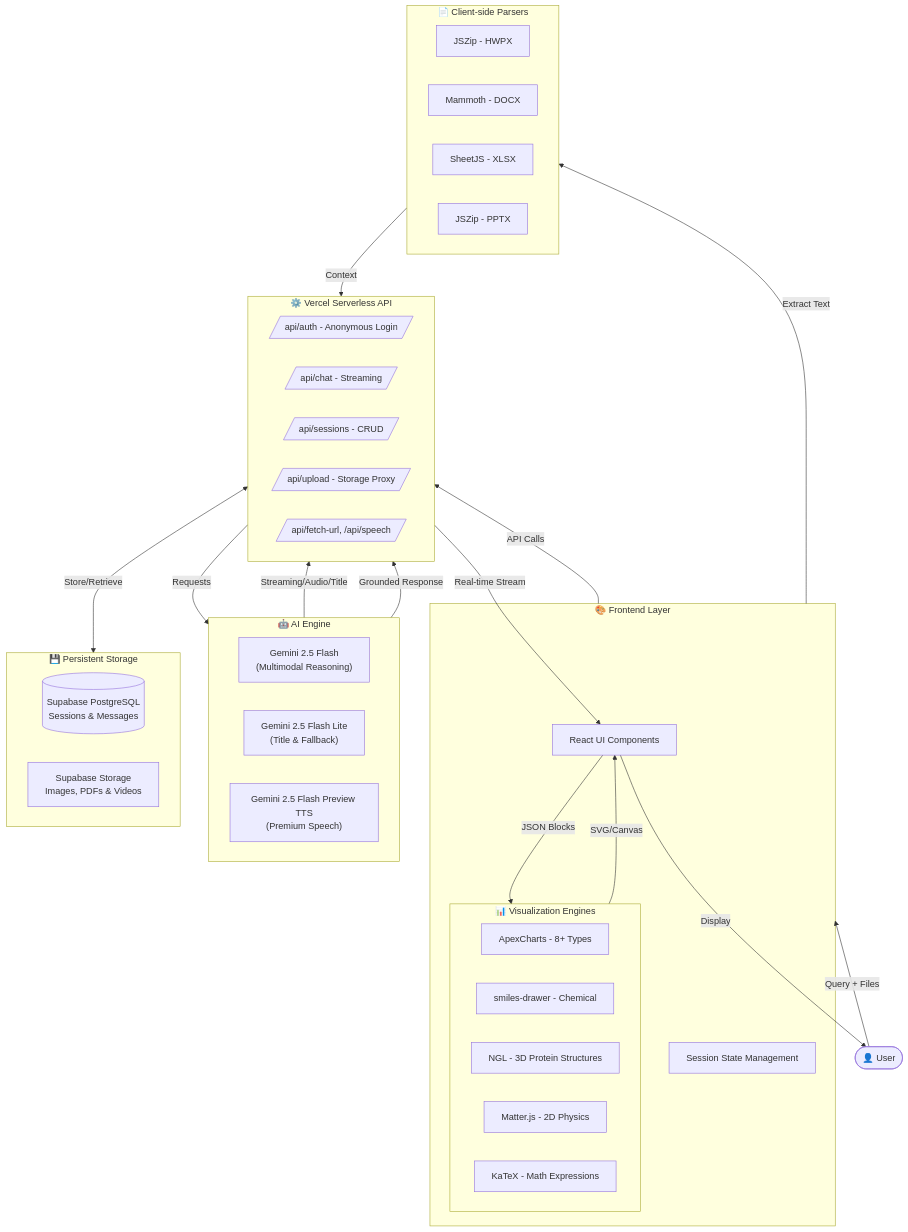
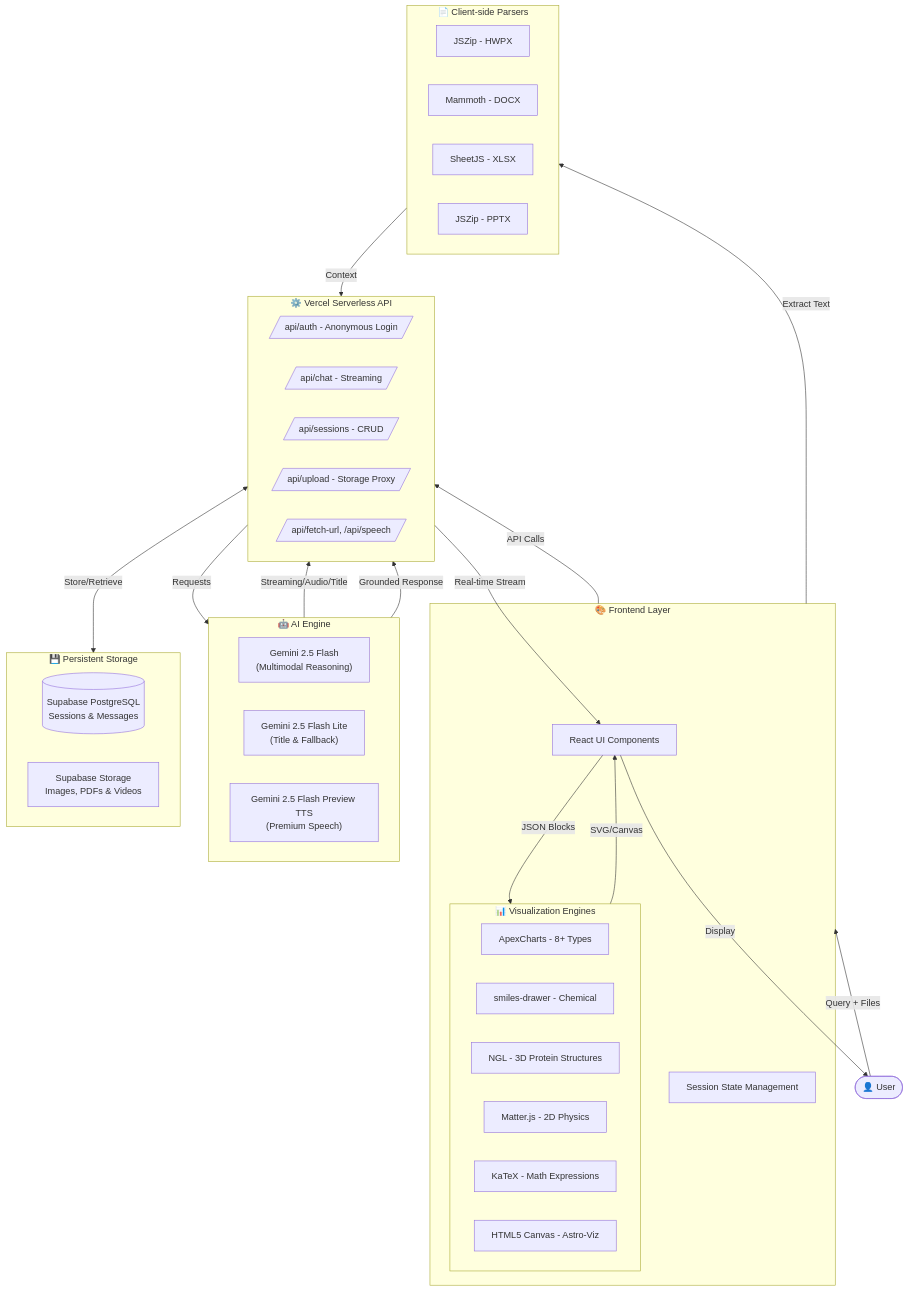
The diagram in README.md (jpjp92/chat-agent), drawn with Mermaid before and after one commit. The commit also changed other lines of this file, not shown here.

````diff
--- a/README.md
+++ b/README.md
@@ -66,55 +66,56 @@
 ```mermaid
 flowchart TB
     User([👤 User])
     
     subgraph Frontend["🎨 Frontend Layer"]
         UI[React UI Components]
         subgraph Viz["📊 Visualization Engines"]
             Apex[ApexCharts - 8+ Types]
             SMILES[smiles-drawer - Chemical]
             NGL[NGL - 3D Protein Structures]
             Matter[Matter.js - 2D Physics]
             KaTeX[KaTeX - Math Expressions]
+            Astro[HTML5 Canvas - Astro-Viz]
         end
         State[Session State Management]
     end
     
     subgraph Backend["⚙️ Vercel Serverless API"]
         Auth[/api/auth - Anonymous Login/]
         Chat[/api/chat - Streaming/]
         Sessions[/api/sessions - CRUD/]
         Upload[/api/upload - Storage Proxy/]
         Tools[/api/fetch-url, /api/speech/]
     end
     
     subgraph AI["🤖 AI Engine"]
         Gemini["Gemini 2.5 Flash<br/>(Multimodal Reasoning)"]
         GeminiLite["Gemini 2.5 Flash Lite<br/>(Title & Fallback)"]
         TTS["Gemini 2.5 Flash Preview TTS<br/>(Premium Speech)"]
     end
     
     subgraph Storage["💾 Persistent Storage"]
         DB[(Supabase PostgreSQL<br/>Sessions & Messages)]
         Files[Supabase Storage<br/>Images, PDFs & Videos]
     end
     
     subgraph Parser["📄 Client-side Parsers"]
         HWPX[JSZip - HWPX]
         DOCX[Mammoth - DOCX]
         XLSX[SheetJS - XLSX]
         PPTX[JSZip - PPTX]
     end
     
     User -->|Query + Files| Frontend
     Frontend -->|API Calls| Backend
     Backend -->|Requests| AI
     AI -->|Streaming/Audio/Title| Backend
     Backend <-->|Store/Retrieve| Storage
     Frontend -->|Extract Text| Parser
     Parser -->|Context| Backend
     AI -->|Grounded Response| Backend
     Backend -->|Real-time Stream| UI
     UI -->|JSON Blocks| Viz
     Viz -->|SVG/Canvas| UI
     UI -->|Display| User
 ```
````
